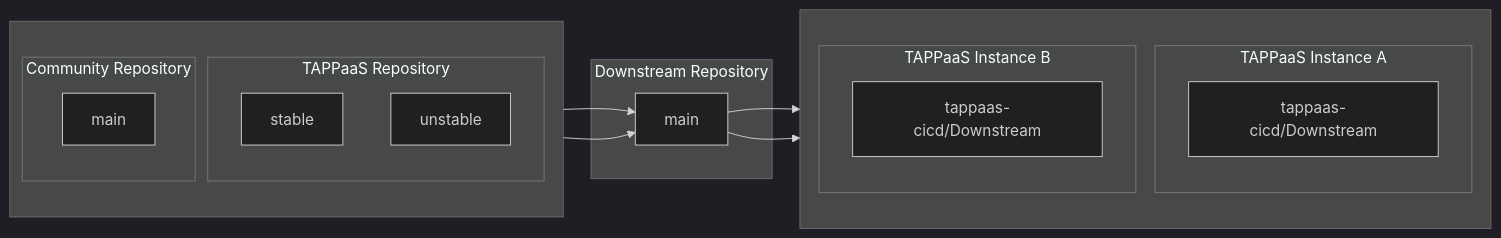
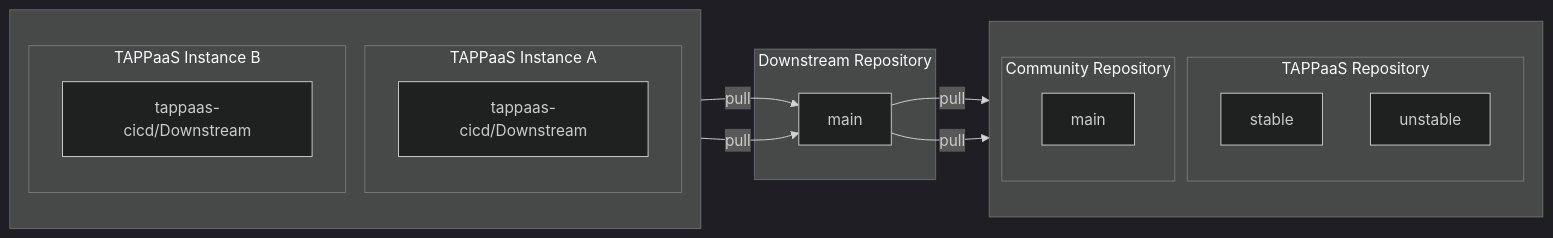
Before and after one commit to TAPPaaS/Documentation: the third of 4 diagrams in docs/architecture/cicd-design/git-structure.md, drawn with Mermaid (dark theme). The commit also changed other lines of this file, not shown here.

First line of the commit message:
Reverse arrow direction in Git Structure diagrams

````diff
--- a/docs/architecture/cicd-design/git-structure.md
+++ b/docs/architecture/cicd-design/git-structure.md
@@ -62,32 +62,32 @@
 ```mermaid
 flowchart LR
     subgraph Sources[" "]
         direction TB
         subgraph TAPPaaS[TAPPaaS Repository]
             stable[stable]
             unstable[unstable]
         end
         subgraph Community[Community Repository]
             comm_main[main]
         end
     end
 
     subgraph Downstream[Downstream Repository]
         down_main[main]
     end
 
     subgraph Instances[" "]
         direction TB
         subgraph InstanceA[TAPPaaS Instance A]
             localA[tappaas-cicd/Downstream]
         end
         subgraph InstanceB[TAPPaaS Instance B]
             localB[tappaas-cicd/Downstream]
         end
     end
 
-    unstable --> down_main
-    comm_main --> down_main
-    down_main --> localA
-    down_main --> localB
+    down_main -->|pull| unstable
+    down_main -->|pull| comm_main
+    localA -->|pull| down_main
+    localB -->|pull| down_main
 ```
````
